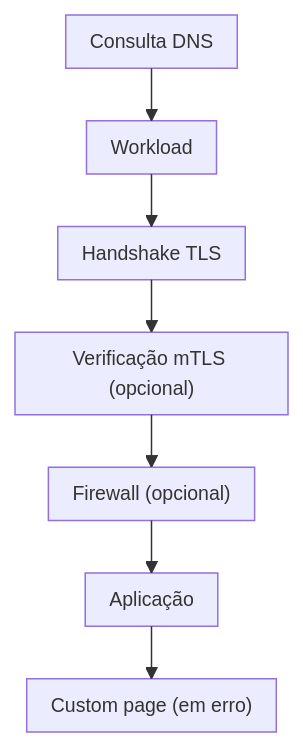
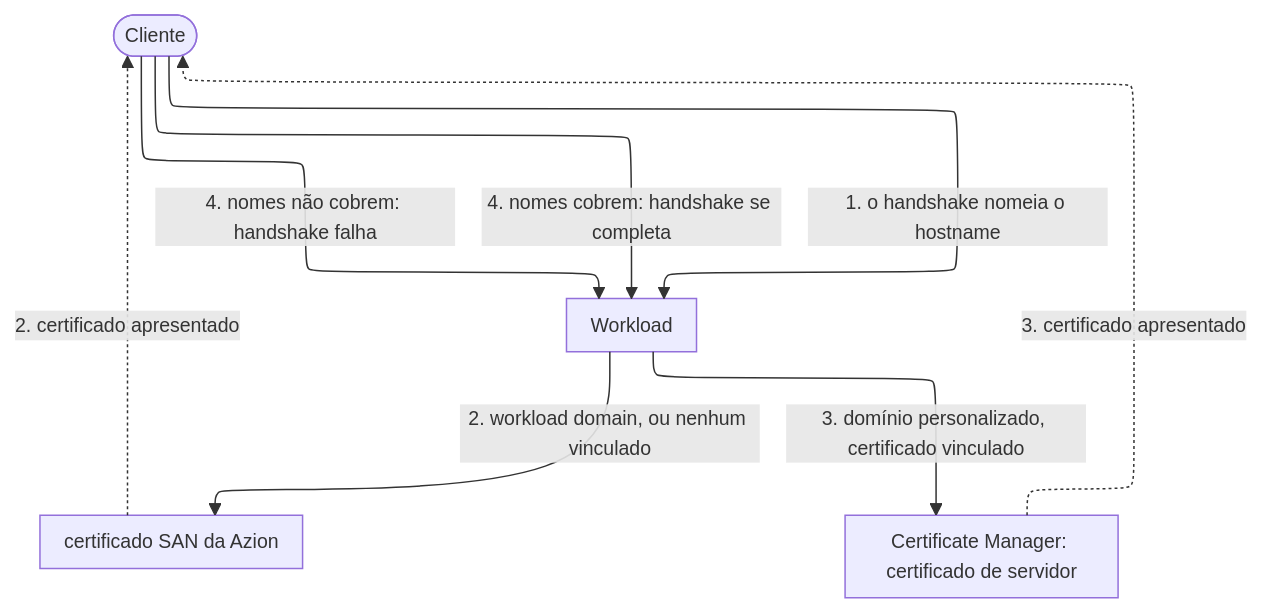
Before and after one commit to aziontech/docs: the second of 5 diagrams in apps/docs/src/content/docs/pt-br/pages/secure/workloads/como-funciona.mdx, drawn with Mermaid. The commit also changed other lines of this file and 76 other files, not shown here.

````diff
--- a/apps/docs/src/content/docs/pt-br/pages/secure/workloads/como-funciona.mdx
+++ b/apps/docs/src/content/docs/pt-br/pages/secure/workloads/como-funciona.mdx
@@ -26,10 +124,15 @@
 ```mermaid
-%%{init: {"layout": "elk", "themeVariables": {"fontSize": "13px"}, "flowchart": {"nodeSpacing": 24, "rankSpacing": 36, "padding": 8, "wrappingWidth": 150, "useMaxWidth": true}, "sequence": {"width": 120, "actorMargin": 30, "useMaxWidth": true}}}%%
+%%{init: {"layout": "elk", "elk": {"preset": "modelOrder", "keepEntryNodeOnTop": true}, "themeVariables": {"fontSize": "13px"}, "flowchart": {"nodeSpacing": 24, "rankSpacing": 36, "padding": 8, "wrappingWidth": 150, "useMaxWidth": true}, "sequence": {"width": 120, "actorMargin": 30, "useMaxWidth": true}}}%%
 flowchart TD
-  DNS["Consulta DNS"] --> Host["Workload"]
-  Host --> TLS["Handshake TLS"]
-  TLS --> MTLS["Verificação mTLS (opcional)"]
-  MTLS --> FW["Firewall (opcional)"]
-  FW --> App["Aplicação"]
-  App --> CP["Custom page (em erro)"]
+  Client(["Cliente"])
+  WL["Workload"]
+  SAN["certificado SAN da Azion"]
+  CM["Certificate Manager: certificado de servidor"]
+  Client -->|"1. o handshake nomeia o hostname"| WL
+  WL -->|"2. workload domain, ou nenhum vinculado"| SAN
+  WL -->|"3. domínio personalizado, certificado vinculado"| CM
+  SAN -.->|"2. certificado apresentado"| Client
+  CM -.->|"3. certificado apresentado"| Client
+  Client -->|"4. nomes cobrem: handshake se completa"| WL
+  Client -->|"4. nomes não cobrem: handshake falha"| WL
 ```
````
